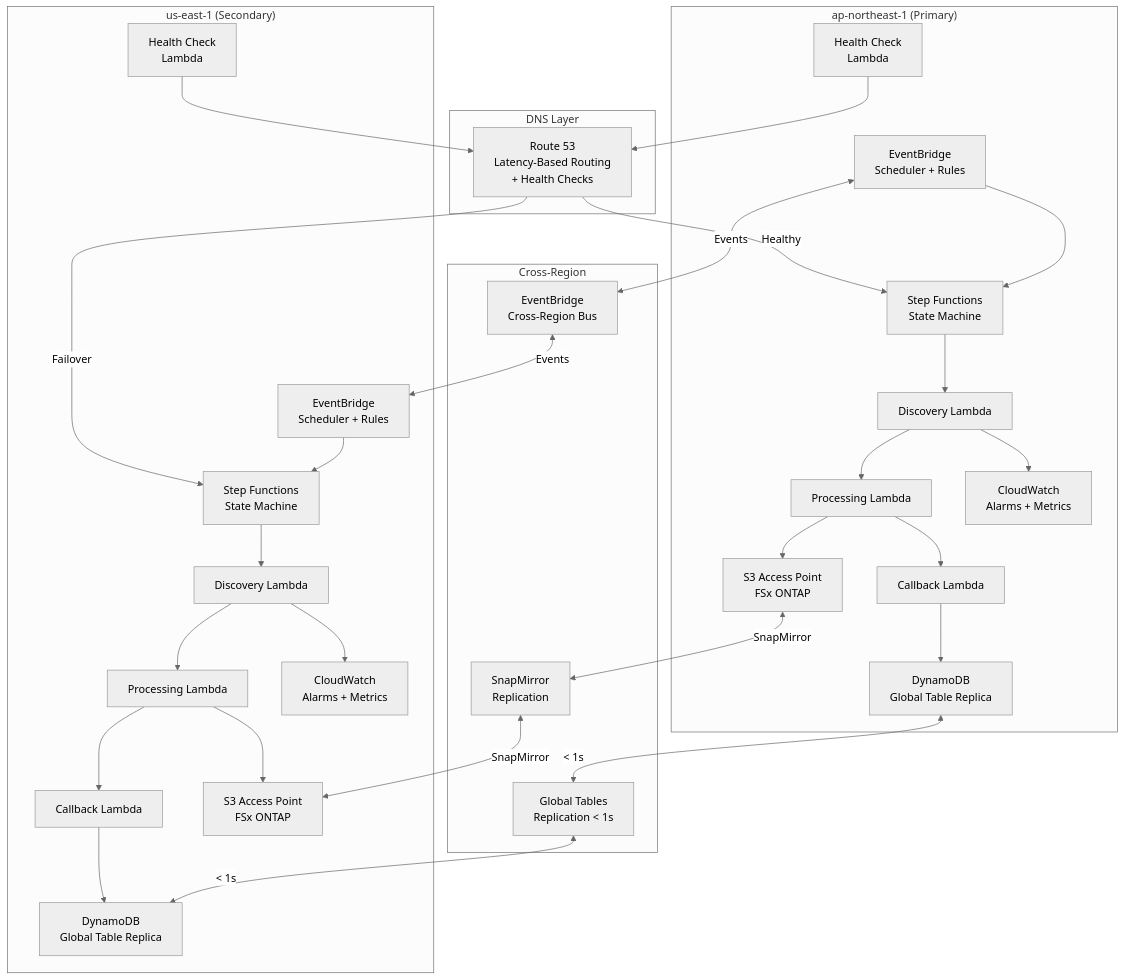
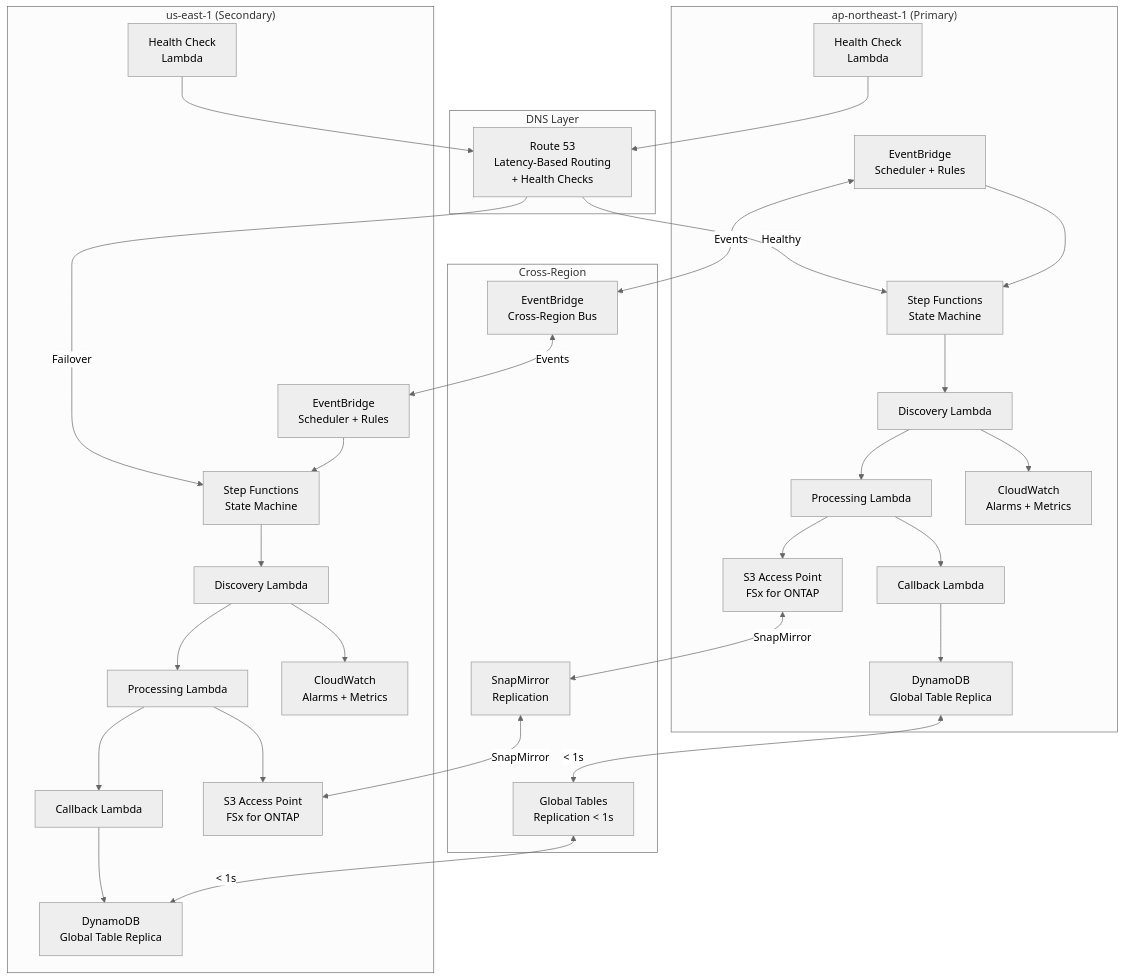
Before and after one commit to Yoshiki0705/FSx-for-ONTAP-S3AccessPoints-Serverless-Patterns: the fifth of 5 diagrams in docs/multi-region/step-functions-design.md, drawn with Mermaid (neutral theme). The commit also changed other lines of this file and 2448 other files, not shown here.

````diff
--- a/docs/multi-region/step-functions-design.md
+++ b/docs/multi-region/step-functions-design.md
@@ -216,58 +216,58 @@
 ```mermaid
 graph TB
     subgraph "DNS Layer"
         R53[Route 53<br/>Latency-Based Routing<br/>+ Health Checks]
     end
 
     subgraph "ap-northeast-1 (Primary)"
         HC_P[Health Check<br/>Lambda]
         EB_P[EventBridge<br/>Scheduler + Rules]
         SFN_P[Step Functions<br/>State Machine]
         LAMBDA_P1[Discovery Lambda]
         LAMBDA_P2[Processing Lambda]
         LAMBDA_P3[Callback Lambda]
-        S3AP_P[S3 Access Point<br/>FSx ONTAP]
+        S3AP_P[S3 Access Point<br/>FSx for ONTAP]
         DDB_P[DynamoDB<br/>Global Table Replica]
         CW_P[CloudWatch<br/>Alarms + Metrics]
     end
 
     subgraph "us-east-1 (Secondary)"
         HC_S[Health Check<br/>Lambda]
         EB_S[EventBridge<br/>Scheduler + Rules]
         SFN_S[Step Functions<br/>State Machine]
         LAMBDA_S1[Discovery Lambda]
         LAMBDA_S2[Processing Lambda]
         LAMBDA_S3[Callback Lambda]
-        S3AP_S[S3 Access Point<br/>FSx ONTAP]
+        S3AP_S[S3 Access Point<br/>FSx for ONTAP]
         DDB_S[DynamoDB<br/>Global Table Replica]
         CW_S[CloudWatch<br/>Alarms + Metrics]
     end
 
     subgraph "Cross-Region"
         EB_XR[EventBridge<br/>Cross-Region Bus]
         SNAP[SnapMirror<br/>Replication]
         GT_REPL[Global Tables<br/>Replication < 1s]
     end
 
     R53 -->|Healthy| SFN_P
     R53 -->|Failover| SFN_S
     HC_P --> R53
     HC_S --> R53
 
     EB_P --> SFN_P
     SFN_P --> LAMBDA_P1 --> LAMBDA_P2 --> LAMBDA_P3
     LAMBDA_P2 --> S3AP_P
     LAMBDA_P3 --> DDB_P
 
     EB_S --> SFN_S
     SFN_S --> LAMBDA_S1 --> LAMBDA_S2 --> LAMBDA_S3
     LAMBDA_S2 --> S3AP_S
     LAMBDA_S3 --> DDB_S
 
     DDB_P <-->|< 1s| GT_REPL <-->|< 1s| DDB_S
     S3AP_P <-->|SnapMirror| SNAP <-->|SnapMirror| S3AP_S
     EB_P <-->|Events| EB_XR <-->|Events| EB_S
 
     LAMBDA_P1 --> CW_P
     LAMBDA_S1 --> CW_S
 ```
````
